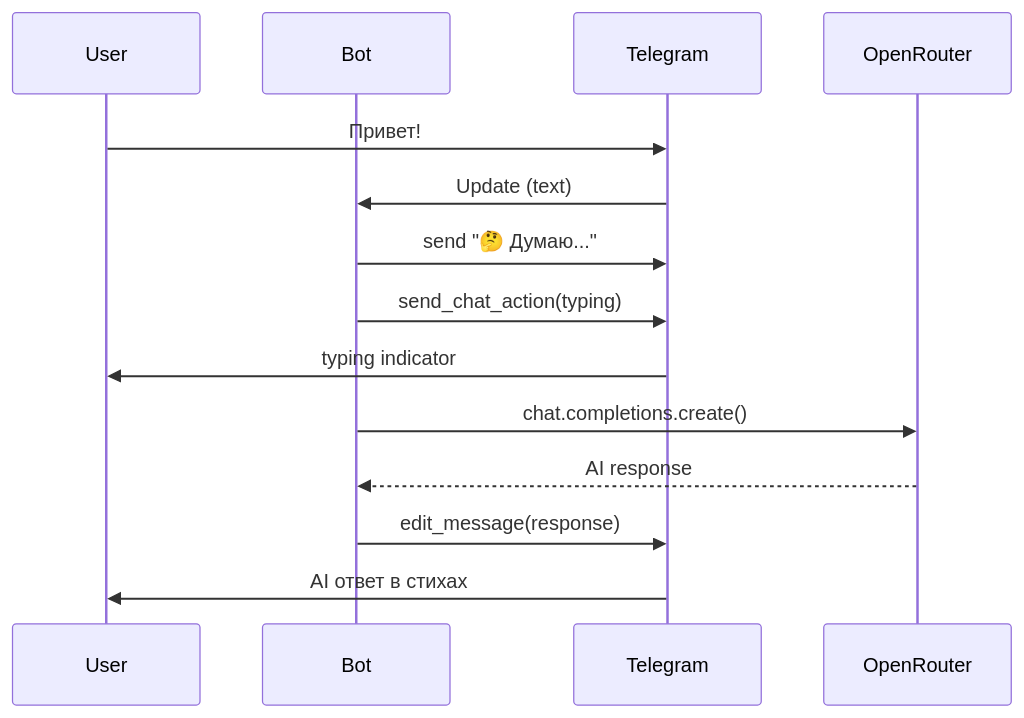
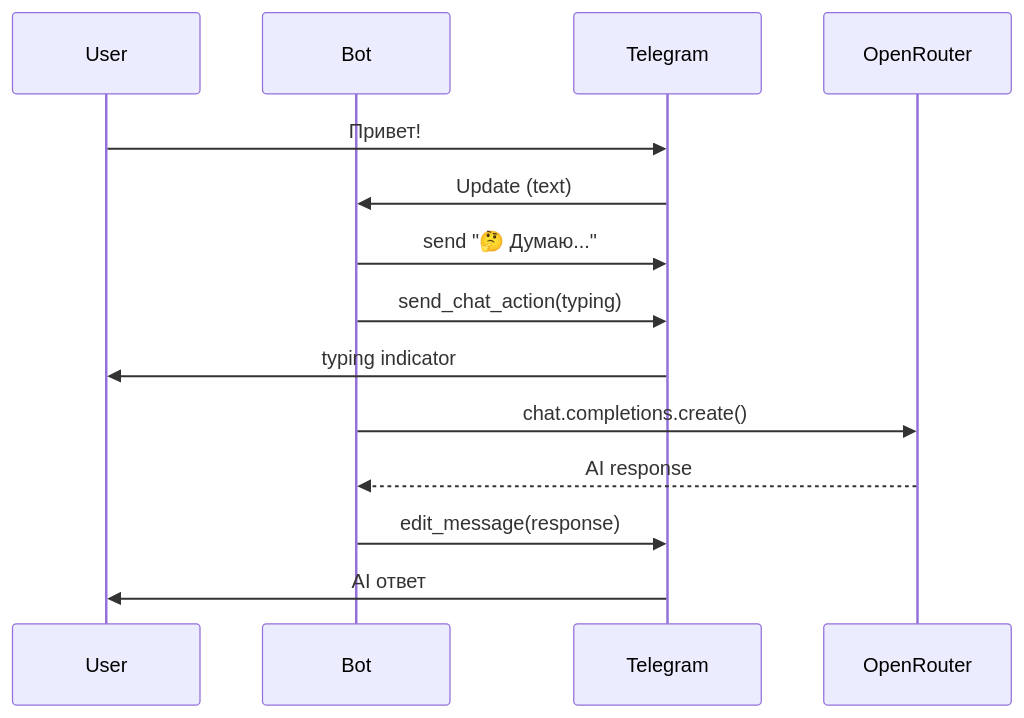
One commit to serejaris/telegram-news-scraper changed the second of 2 diagrams in README.md. Above: the diagram before and after it, drawn with Mermaid. The commit also changed other lines of this file and 2 other files, not shown here.

````diff
--- a/README.md
+++ b/README.md
@@ -55,17 +46,17 @@
 ```mermaid
 sequenceDiagram
     participant U as User
     participant B as Bot
     participant T as Telegram
     participant O as OpenRouter
 
     U->>T: Привет!
     T->>B: Update (text)
     B->>T: send "🤔 Думаю..."
     B->>T: send_chat_action(typing)
     T->>U: typing indicator
     B->>O: chat.completions.create()
     O-->>B: AI response
     B->>T: edit_message(response)
-    T->>U: AI ответ в стихах
+    T->>U: AI ответ
 ```
````
